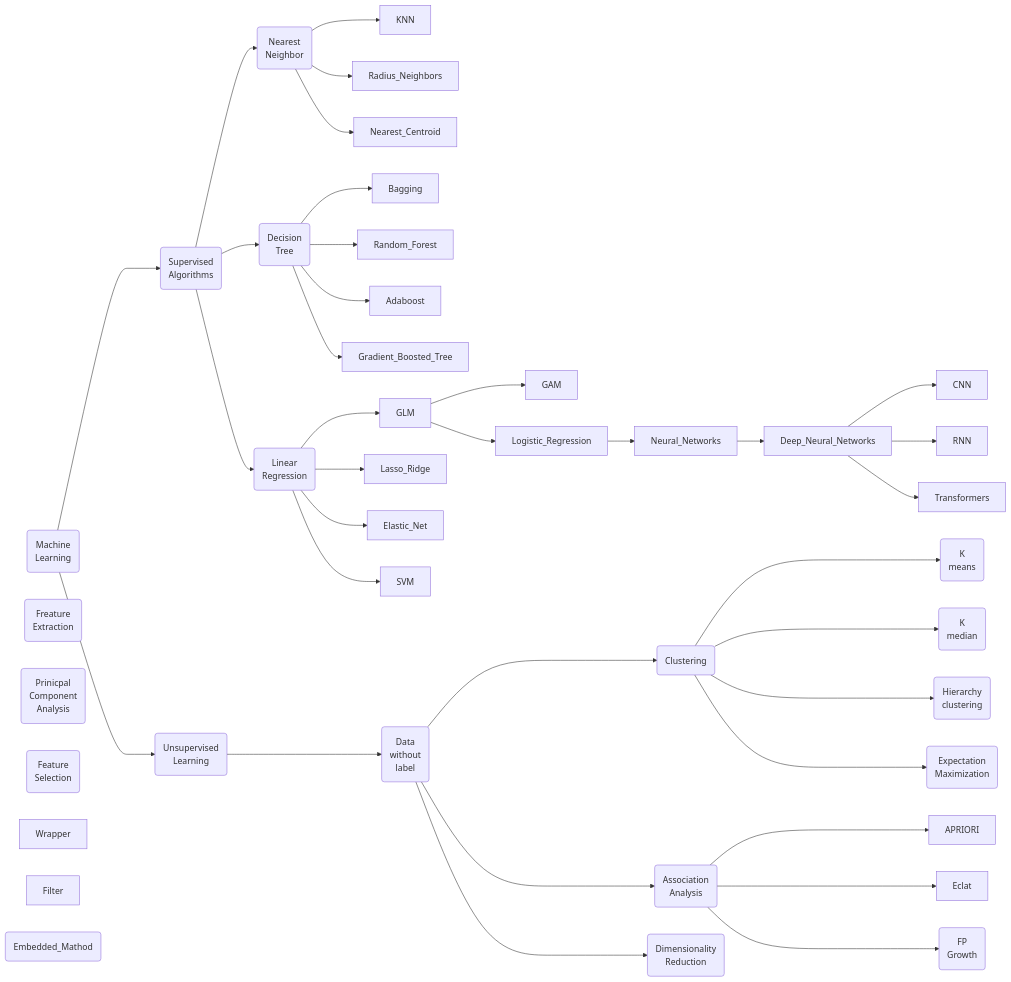
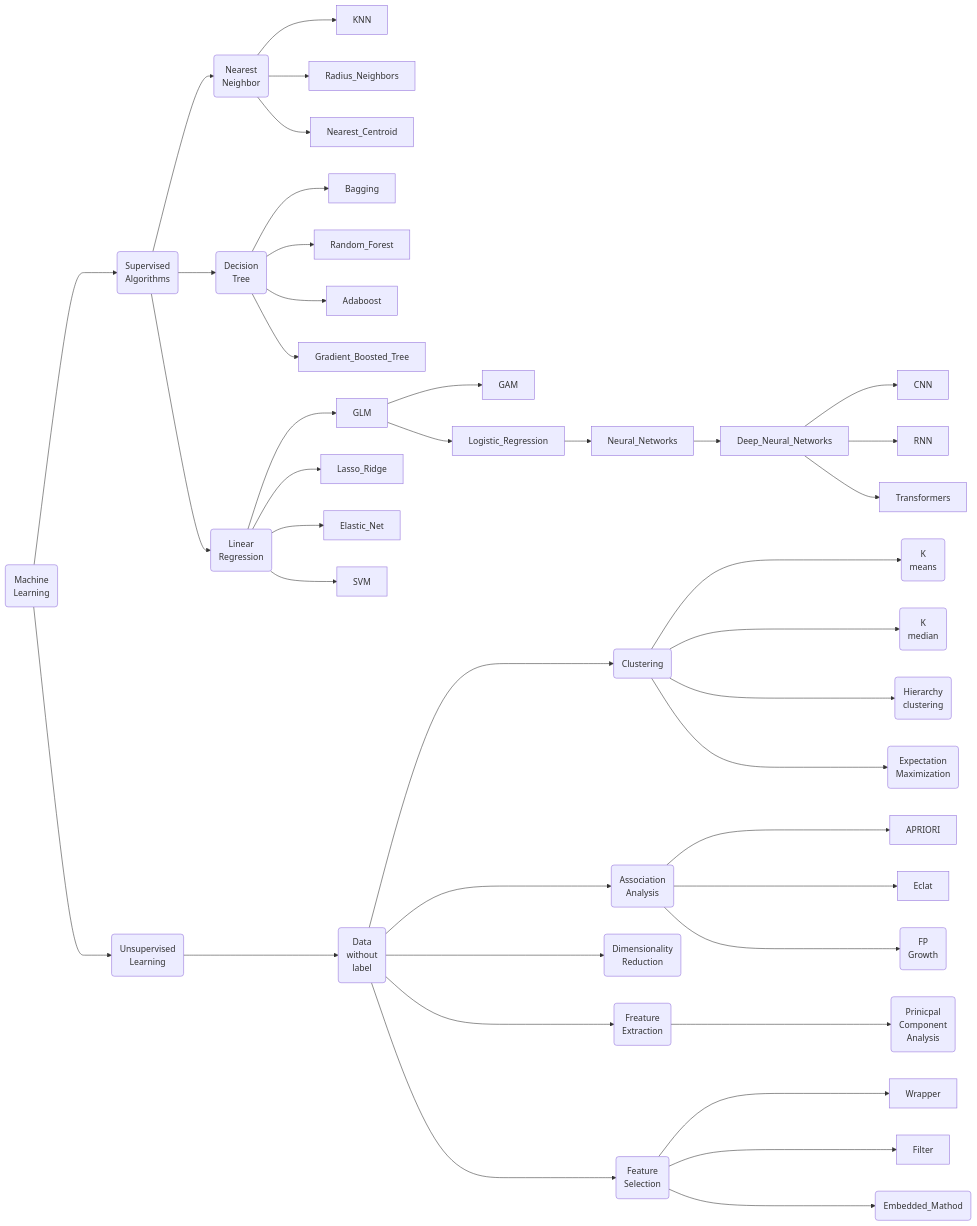
Before and after one commit to hwetsman/Public_Notes: the diagram in ML_Tree.md, drawn with Mermaid.

Commit message:
Refactor: add dimensionality links

`````diff
--- a/ML_Tree.md
+++ b/ML_Tree.md
@@ -1,65 +1,71 @@
 ````mermaid
 flowchart LR
   Machine_Learning(Machine<br>Learning)
   Supervised(Supervised<br>Algorithms)
     Supervised-->Nearest(Nearest<br>Neighbor)
       Machine_Learning--->Supervised
     Nearest --> KNN
     Nearest --> Radius_Neighbors
     Nearest --> Nearest_Centroid
     Supervised --> Decision(Decision<br>Tree)
     Decision --> Bagging
     Decision --> Random_Forest
     Decision --> Adaboost
     Decision --> Gradient_Boosted_Tree
     Supervised --> Linear(Linear<br>Regression)
     Linear --> GLM
     GLM --> GAM
     GLM --> Logistic_Regression
     Logistic_Regression --> Neural_Networks
     Neural_Networks --> Deep_Neural_Networks
     Deep_Neural_Networks --> CNN
     Deep_Neural_Networks --> RNN
     Deep_Neural_Networks --> Transformers
     Linear --> Lasso_Ridge
     Linear --> Elastic_Net
     Linear --> SVM
 
     Unsupervised(Unsupervised<br>Learning)
       Machine_Learning--->Unsupervised
         Data(Data<br>without<br>label)
         Unsupervised--->Data
 
         clustering(Clustering)
           Data--->clustering
           K_mean(K<br>means)
             clustering--->K_mean
           K_med(K<br>median)
             clustering--->K_med
           hierarchy(Hierarchy<br>clustering)
             clustering--->hierarchy
           Expectation(Expectation<br>Maximization)
             clustering--->Expectation
 
         Association(Association<br>Analysis)
           Data--->Association
           APRIORI
             Association--->APRIORI
           Eclat
             Association--->Eclat
           FP(FP<br>Growth)
             Association--->FP
 
         Dimension(Dimensionality<br>Reduction)
           Data--->Dimension
           Feature(Freature<br>Extraction)
+            Data--->Feature
             PCA(Prinicpal<br>Component<br>Analysis)
+              Feature--->PCA
           Selection(Feature<br>Selection)
+            Data--->Selection
             Wrapper
+              Selection--->Wrapper
             Filter
+              Selection--->Filter
             Embedded(Embedded_Mathod)
+              Selection--->Embedded
       
 
 
 
 ````
`````
